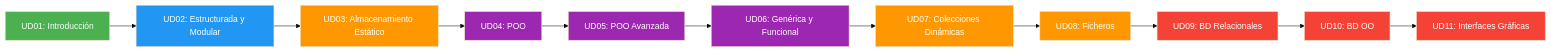
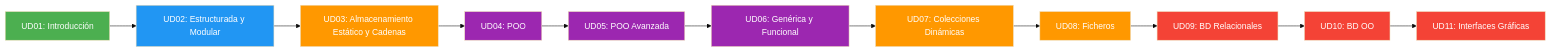
The second of 2 diagrams in 05-resumen.md (joseluisgs/Programacion-02-2026-2027), drawn with Mermaid (base theme) before and after one commit. The commit also changed other lines of this file, not shown here.

Commit message:
fix: título UD03 → Almacenamiento Estático y Cadenas

````diff
--- a/05-resumen.md
+++ b/05-resumen.md
@@ -287,24 +287,24 @@
 ```mermaid
 graph LR
     UD01[UD01: Introducción] --> UD02[UD02: Estructurada y Modular]
-    UD02 --> UD03[UD03: Almacenamiento Estático]
+    UD02 --> UD03[UD03: Almacenamiento Estático y Cadenas]
     UD03 --> UD04[UD04: POO]
     UD04 --> UD05[UD05: POO Avanzada]
     UD05 --> UD06[UD06: Genérica y Funcional]
     UD06 --> UD07[UD07: Colecciones Dinámicas]
     UD07 --> UD08[UD08: Ficheros]
     UD08 --> UD09[UD09: BD Relacionales]
     UD09 --> UD10[UD10: BD OO]
     UD10 --> UD11[UD11: Interfaces Gráficas]
     style UD01 fill:#4CAF50,color:#fff
     style UD02 fill:#2196F3,color:#fff
     style UD03 fill:#FF9800,color:#fff
     style UD04 fill:#9C27B0,color:#fff
     style UD05 fill:#9C27B0,color:#fff
     style UD06 fill:#9C27B0,color:#fff
     style UD07 fill:#FF9800,color:#fff
     style UD08 fill:#FF9800,color:#fff
     style UD09 fill:#f44336,color:#fff
     style UD10 fill:#f44336,color:#fff
     style UD11 fill:#f44336,color:#fff
 ```
````
